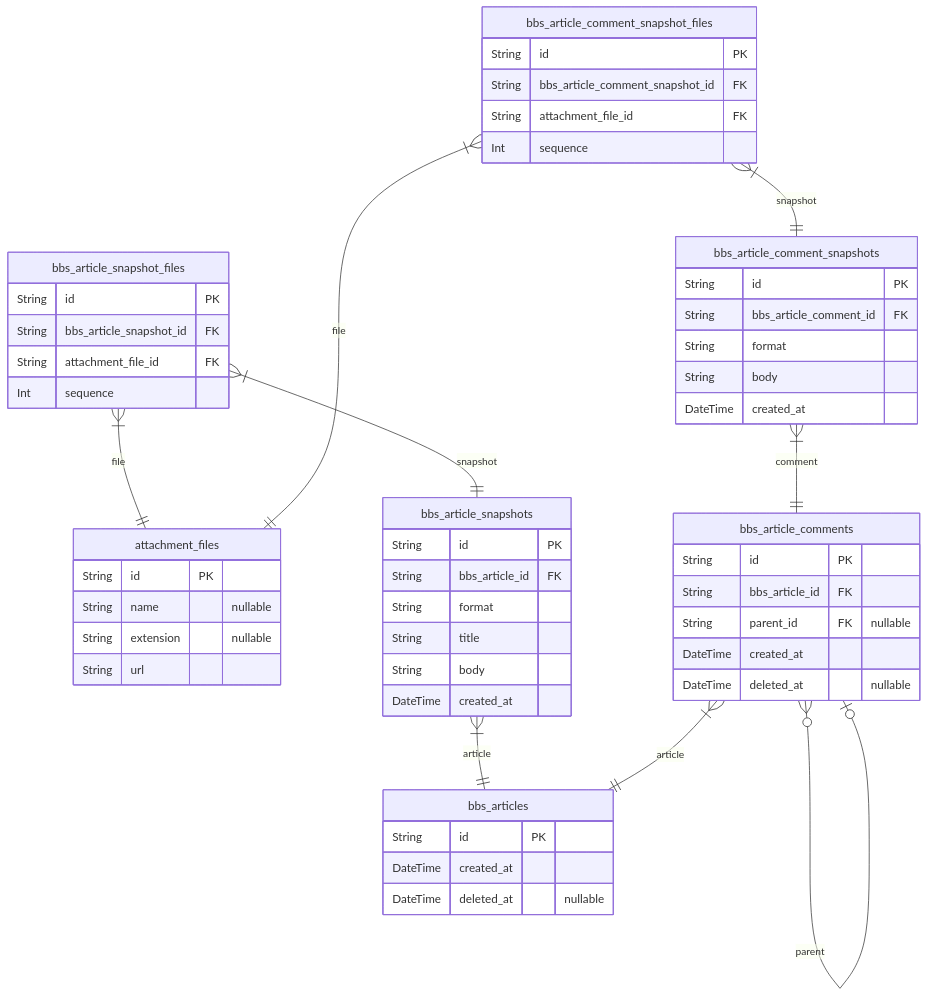
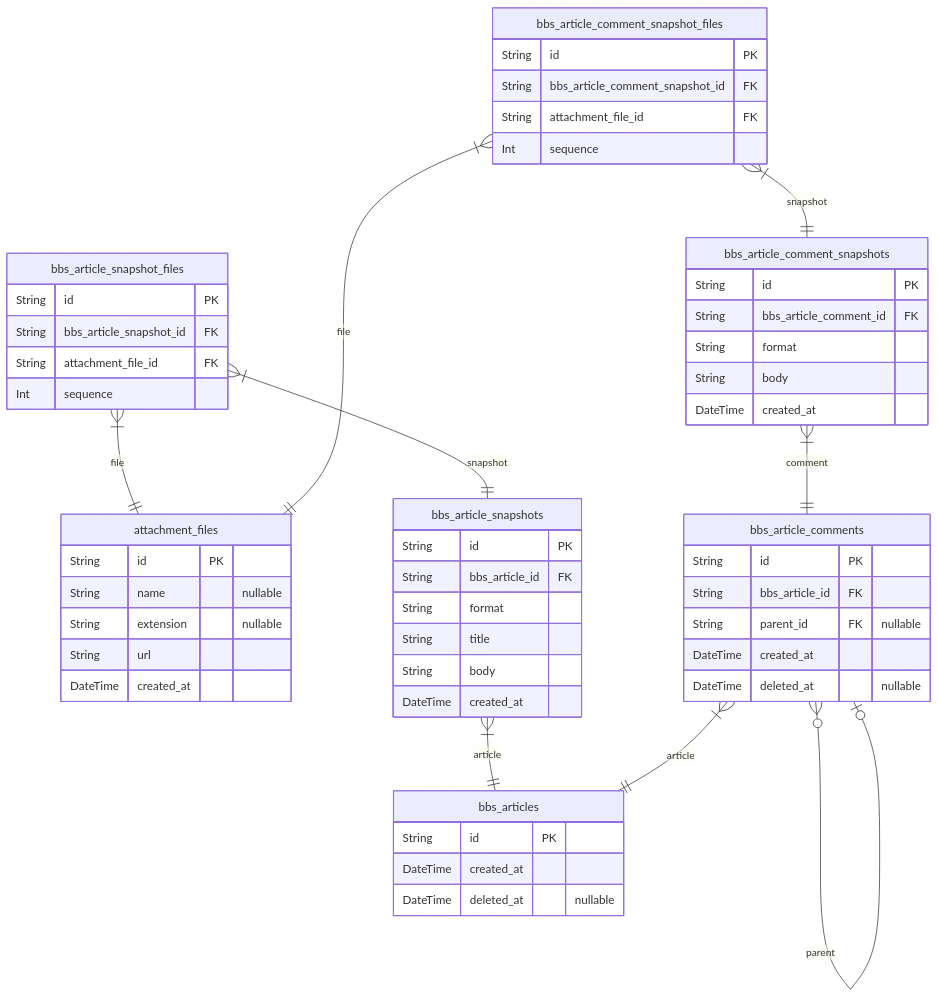
Before and after one commit to samchon/prisma-markdown: the first of 9 diagrams in ERD.md, drawn with Mermaid. The commit also changed other lines of this file and 3 other files, not shown here.

First line of the commit message:
Keep sequence of tables.

````diff
--- a/ERD.md
+++ b/ERD.md
@@ -16,56 +15,57 @@
 ```mermaid
 erDiagram
 "attachment_files" {
     String id PK
     String name "nullable"
     String extension "nullable"
     String url
+    DateTime created_at
 }
 "bbs_articles" {
     String id PK
     DateTime created_at
     DateTime deleted_at "nullable"
 }
 "bbs_article_snapshots" {
     String id PK
     String bbs_article_id FK
     String format
     String title
     String body
     DateTime created_at
 }
 "bbs_article_snapshot_files" {
     String id PK
     String bbs_article_snapshot_id FK
     String attachment_file_id FK
     Int sequence
 }
 "bbs_article_comments" {
     String id PK
     String bbs_article_id FK
     String parent_id FK "nullable"
     DateTime created_at
     DateTime deleted_at "nullable"
 }
 "bbs_article_comment_snapshots" {
     String id PK
     String bbs_article_comment_id FK
     String format
     String body
     DateTime created_at
 }
 "bbs_article_comment_snapshot_files" {
     String id PK
     String bbs_article_comment_snapshot_id FK
     String attachment_file_id FK
     Int sequence
 }
 "bbs_article_snapshots" }|--|| "bbs_articles" : article
 "bbs_article_snapshot_files" }|--|| "bbs_article_snapshots" : snapshot
 "bbs_article_snapshot_files" }|--|| "attachment_files" : file
 "bbs_article_comments" }|--|| "bbs_articles" : article
 "bbs_article_comments" }o--o| "bbs_article_comments" : parent
 "bbs_article_comment_snapshots" }|--|| "bbs_article_comments" : comment
 "bbs_article_comment_snapshot_files" }|--|| "bbs_article_comment_snapshots" : snapshot
 "bbs_article_comment_snapshot_files" }|--|| "attachment_files" : file
 ```
````
